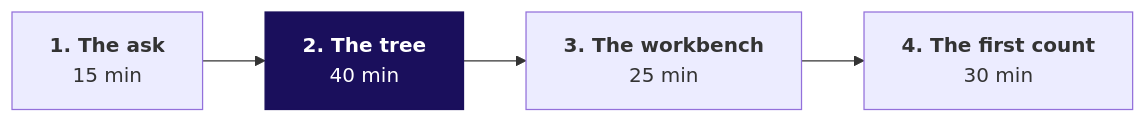
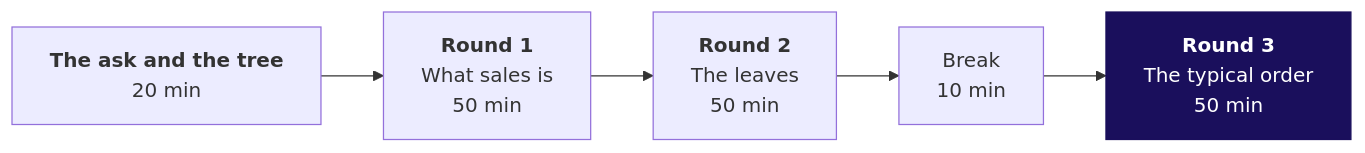
One commit to fde-academy-lab/c2-content-factory changed the first of 2 diagrams in content/W01/D1/trainer/C2_W01_D01_day_sheet_TRAINER.md. Above: the diagram before and after it, drawn with Mermaid. The commit also changed other lines of this file and 1 other file, not shown here.

````diff
--- a/content/W01/D1/trainer/C2_W01_D01_day_sheet_TRAINER.md
+++ b/content/W01/D1/trainer/C2_W01_D01_day_sheet_TRAINER.md
@@ -19,6 +23,6 @@
 ```mermaid
 flowchart LR
-    A["<b>1. The ask</b><br/>15 min"] --> T["<b>2. The tree</b><br/>40 min"] --> W["<b>3. The workbench</b><br/>25 min"] --> C["<b>4. The first count</b><br/>30 min"]
+    A["<b>The ask and the tree</b><br/>20 min"] --> R1["<b>Round 1</b><br/>What sales is<br/>50 min"] --> R2["<b>Round 2</b><br/>The leaves<br/>50 min"] --> B["Break<br/>10 min"] --> R3["<b>Round 3</b><br/>The typical order<br/>50 min"]
     classDef core fill:#1A0F5C,stroke:#1A0F5C,color:#FFFFFF
-    class T core
+    class R3 core
 ```
````
